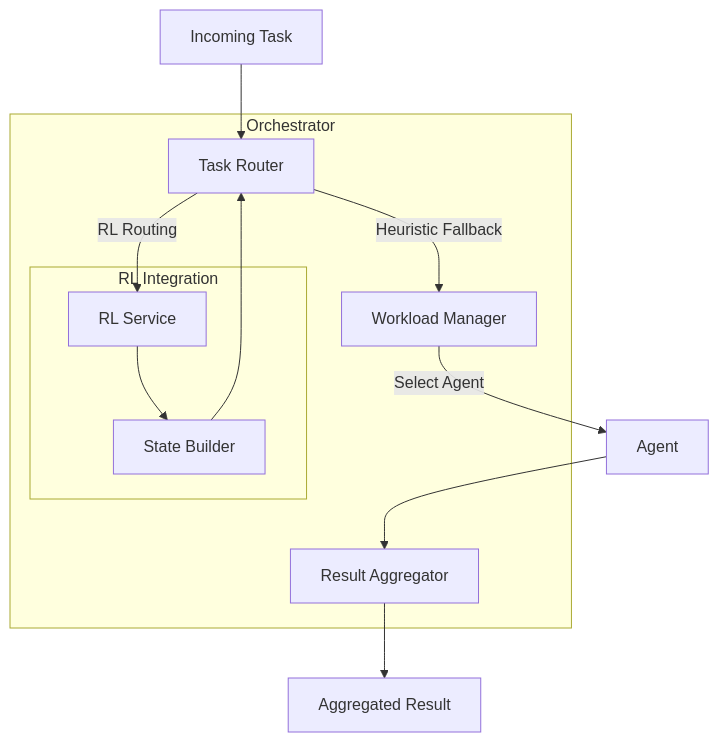
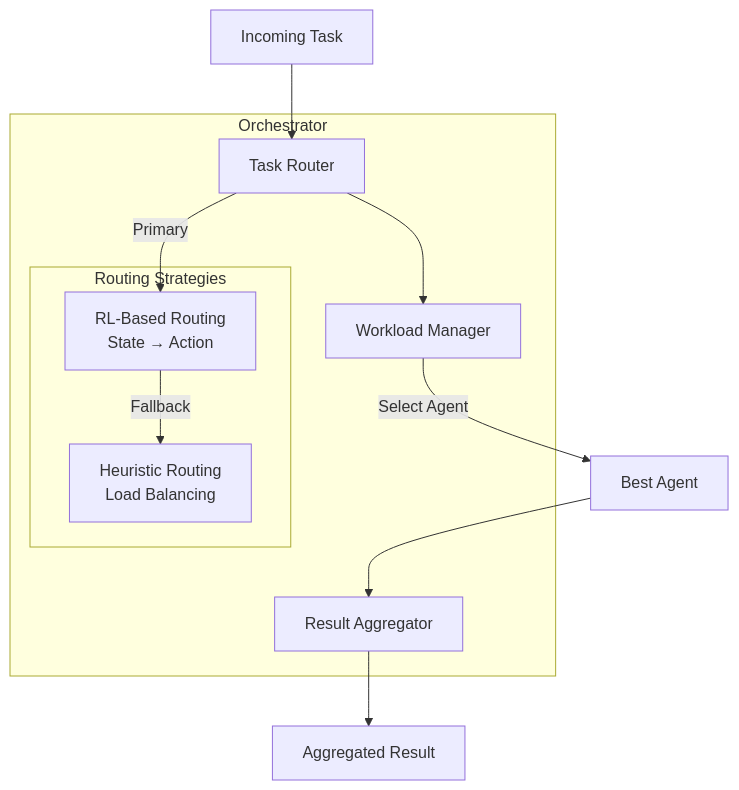
Before and after one commit to mjhcompany/cca: the fifth of 19 diagrams in docs/architecture.md, drawn with Mermaid. The commit also changed other lines of this file and 43 other files, not shown here.

````diff
--- a/docs/architecture.md
+++ b/docs/architecture.md
@@ -138,22 +234,21 @@
 ```mermaid
 graph TB
     subgraph "Orchestrator"
         TR[Task Router]
         WM[Workload Manager]
         RA[Result Aggregator]
 
-        subgraph "RL Integration"
-            RL[RL Service]
-            SB[State Builder]
+        subgraph "Routing Strategies"
+            RLR[RL-Based Routing<br/>State → Action]
+            HEU[Heuristic Routing<br/>Load Balancing]
         end
     end
 
     Task[Incoming Task] --> TR
-    TR -->|RL Routing| RL
-    RL --> SB
-    SB --> TR
-    TR -->|Heuristic Fallback| WM
-    WM -->|Select Agent| Agent[Agent]
+    TR -->|Primary| RLR
+    RLR -->|Fallback| HEU
+    TR --> WM
+    WM -->|Select Agent| Agent[Best Agent]
     Agent --> RA
     RA --> Result[Aggregated Result]
 ```
````
